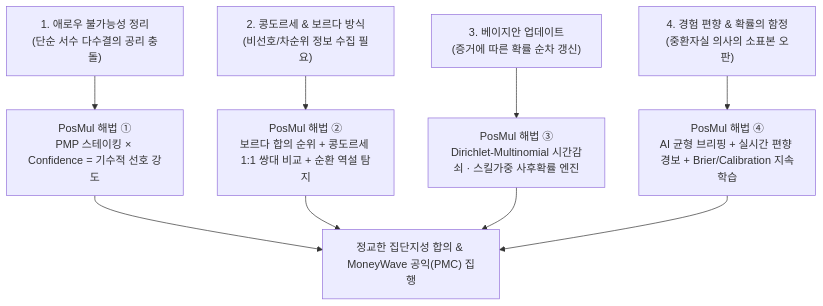
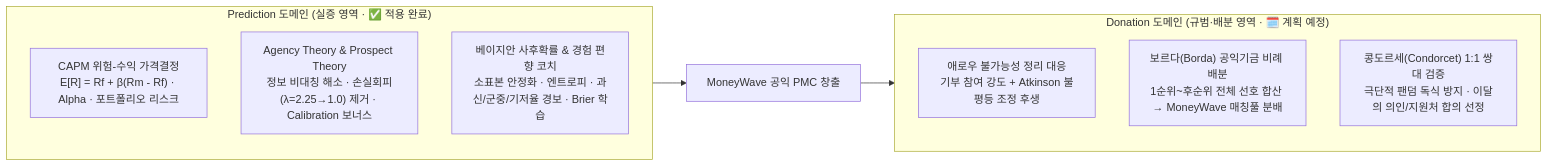
Before and after one commit to positivemultiplier/posmul: the diagram in docs/explanation/ECONOMIC_RATIONALE_SOCIAL_CHOICE_AND_BAYESIAN_LEARNING.md, drawn with Mermaid. The commit also changed other lines of this file and 12 other files, not shown here.

Commit message:
refactor(prediction): CAPM·Agency·Prospect 기존 경제학 모델 실제 게임 적용 및 사회선택(Donation) 계획 예정 분리

````diff
--- a/docs/explanation/ECONOMIC_RATIONALE_SOCIAL_CHOICE_AND_BAYESIAN_LEARNING.md
+++ b/docs/explanation/ECONOMIC_RATIONALE_SOCIAL_CHOICE_AND_BAYESIAN_LEARNING.md
@@ -18,12 +20,19 @@
 ```mermaid
-flowchart TB
-    P1["1. 애로우 불가능성 정리<br/>(단순 서수 다수결의 공리 충돌)"] --> S1["PosMul 해법 ①<br/>PMP 스테이킹 × Confidence = 기수적 선호 강도"]
-    P2["2. 콩도르세 & 보르다 방식<br/>(비선호/차순위 정보 수집 필요)"] --> S2["PosMul 해법 ②<br/>보르다 합의 순위 + 콩도르세 1:1 쌍대 비교 + 순환 역설 탐지"]
-    P3["3. 베이지안 업데이트<br/>(증거에 따른 확률 순차 갱신)"] --> S3["PosMul 해법 ③<br/>Dirichlet-Multinomial 시간감쇠 · 스킬가중 사후확률 엔진"]
-    P4["4. 경험 편향 & 확률의 함정<br/>(중환자실 의사의 소표본 오판)"] --> S4["PosMul 해법 ④<br/>AI 균형 브리핑 + 실시간 편향 경보 + Brier/Calibration 지속학습"]
+flowchart LR
+    subgraph P["Prediction 도메인 (실증 영역 · ✅ 적용 완료)"]
+        direction TB
+        P1["CAPM 위험-수익 가격결정<br/>E[R] = Rf + β(Rm - Rf) · Alpha · 포트폴리오 리스크"]
+        P2["Agency Theory & Prospect Theory<br/>정보 비대칭 해소 · 손실회피(λ=2.25→1.0) 제거 · Calibration 보너스"]
+        P3["베이지안 사후확률 & 경험 편향 코치<br/>소표본 안정화 · 엔트로피 · 과신/군중/기저율 경보 · Brier 학습"]
+    end
 
-    S1 --> CI["정교한 집단지성 합의 & MoneyWave 공익(PMC) 집행"]
-    S2 --> CI
-    S3 --> CI
-    S4 --> CI
+    subgraph D["Donation 도메인 (규범·배분 영역 · 🗓️ 계획 예정)"]
+        direction TB
+        D1["애로우 불가능성 정리 대응<br/>기부 참여 강도 + Atkinson 불평등 조정 후생"]
+        D2["보르다(Borda) 공익기금 비례 배분<br/>1순위~후순위 전체 선호 합산 → MoneyWave 매칭풀 분배"]
+        D3["콩도르세(Condorcet) 1:1 쌍대 검증<br/>극단적 팬덤 독식 방지 · 이달의 의인/지원처 합의 선정"]
+    end
+
+    P --> MW["MoneyWave 공익 PMC 창출"]
+    MW --> D
 ```
````
